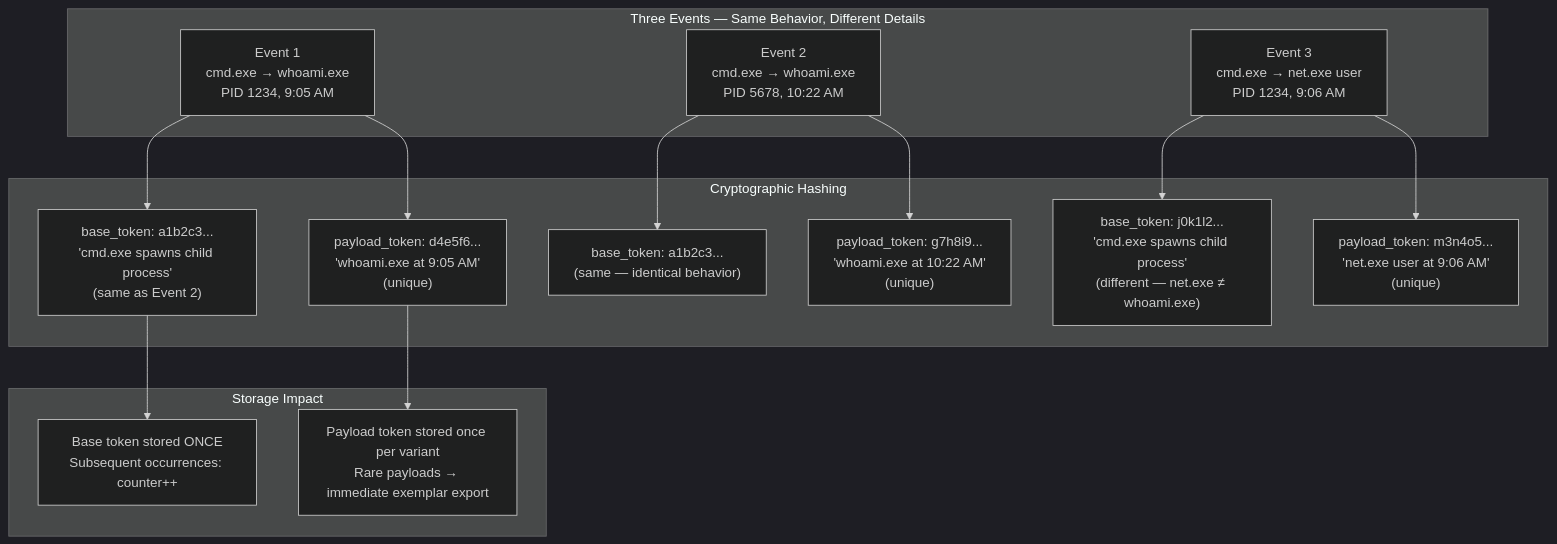
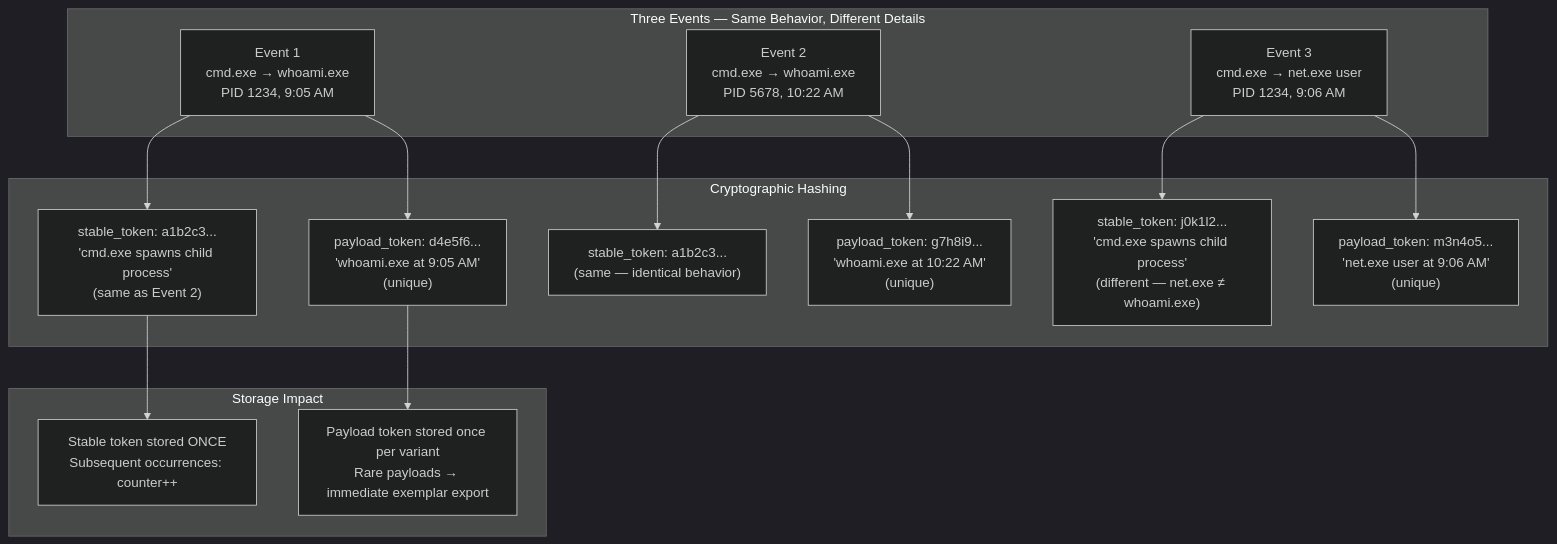
Before and after one commit to LongHorizons/WindOH: the second of 5 diagrams in LongHorizons/README.md, drawn with Mermaid (dark theme). The commit also changed other lines of this file and 14 other files, not shown here.

First line of the commit message:
Rename base token -> stable token across all documentation

````diff
--- a/LongHorizons/README.md
+++ b/LongHorizons/README.md
@@ -53,24 +53,24 @@
 ```mermaid
 flowchart TD
     subgraph Events["Three Events — Same Behavior, Different Details"]
         E1["Event 1\ncmd.exe → whoami.exe\nPID 1234, 9:05 AM"]
         E2["Event 2\ncmd.exe → whoami.exe\nPID 5678, 10:22 AM"]
         E3["Event 3\ncmd.exe → net.exe user\nPID 1234, 9:06 AM"]
     end
 
     subgraph Tokens["Cryptographic Hashing"]
-        E1 --> S1["base_token: a1b2c3...\n'cmd.exe spawns child process'\n(same as Event 2)"]
+        E1 --> S1["stable_token: a1b2c3...\n'cmd.exe spawns child process'\n(same as Event 2)"]
         E1 --> P1["payload_token: d4e5f6...\n'whoami.exe at 9:05 AM'\n(unique)"]
 
-        E2 --> S2["base_token: a1b2c3...\n(same — identical behavior)"]
+        E2 --> S2["stable_token: a1b2c3...\n(same — identical behavior)"]
         E2 --> P2["payload_token: g7h8i9...\n'whoami.exe at 10:22 AM'\n(unique)"]
 
-        E3 --> S3["base_token: j0k1l2...\n'cmd.exe spawns child process'\n(different — net.exe ≠ whoami.exe)"]
+        E3 --> S3["stable_token: j0k1l2...\n'cmd.exe spawns child process'\n(different — net.exe ≠ whoami.exe)"]
         E3 --> P3["payload_token: m3n4o5...\n'net.exe user at 9:06 AM'\n(unique)"]
     end
 
     subgraph Storage["Storage Impact"]
-        S1 --> STORE["Base token stored ONCE\nSubsequent occurrences: counter++"]
+        S1 --> STORE["Stable token stored ONCE\nSubsequent occurrences: counter++"]
         P1 --> STORE2["Payload token stored once per variant\nRare payloads → immediate exemplar export"]
     end
 ```
````
